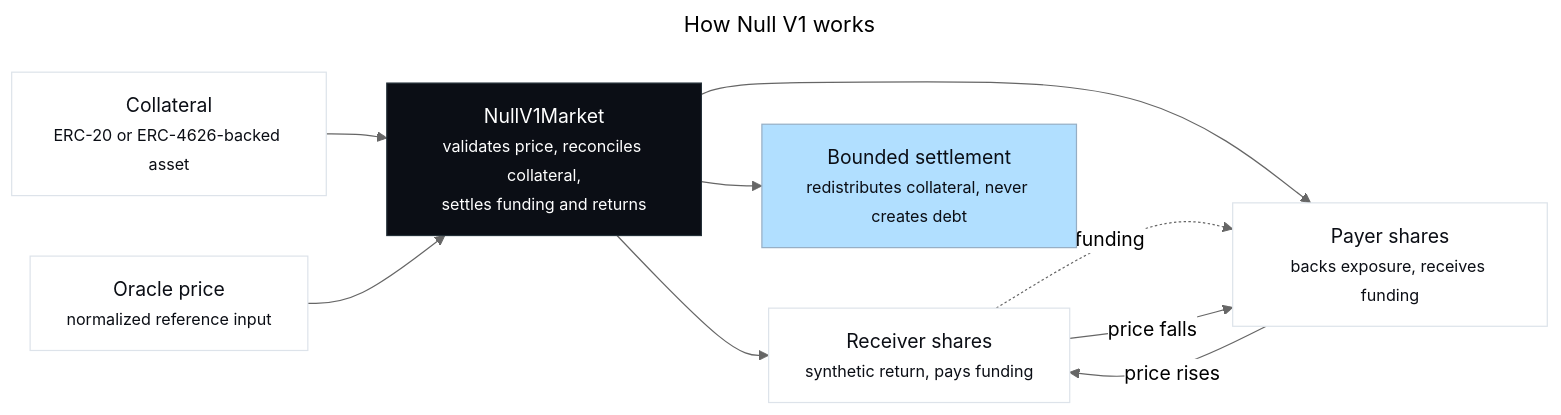
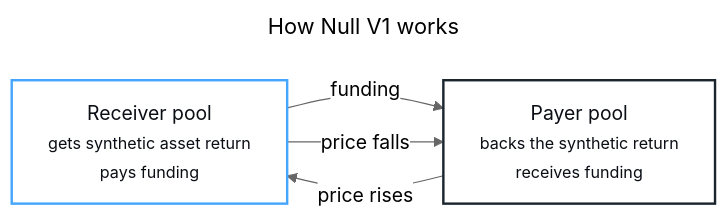
The diagram in diagrams/protocol-overview.mmd (Null-Solutions/v1-docs), drawn with Mermaid (neutral theme) before and after one commit. The commit also changed 11 other files, not shown here.

Commit message:
Simplify docs diagrams around two pools

```diff
--- a/diagrams/protocol-overview.mmd
+++ b/diagrams/protocol-overview.mmd
@@ -1,26 +1,15 @@
 ---
 title: How Null V1 works
 ---
 flowchart LR
-  collateral["Collateral<br/><small>ERC-20 or ERC-4626-backed asset</small>"]
-  oracle["Oracle price<br/><small>normalized reference input</small>"]
-  market["NullV1Market<br/><small>validates price, reconciles collateral,<br/>settles funding and returns</small>"]
-  receiver["Receiver shares<br/><small>synthetic return, pays funding</small>"]
-  payer["Payer shares<br/><small>backs exposure, receives funding</small>"]
-  invariant["Bounded settlement<br/><small>redistributes collateral, never creates debt</small>"]
+  receiver["Receiver pool<br/><small>gets synthetic asset return<br/>pays funding</small>"]
+  payer["Payer pool<br/><small>backs the synthetic return<br/>receives funding</small>"]
 
-  collateral --> market
-  oracle --> market
-  market --> receiver
-  market --> payer
-  receiver -. funding .-> payer
-  payer -- price rises --> receiver
-  receiver -- price falls --> payer
-  market --> invariant
+  receiver -- "funding" --> payer
+  payer -- "price rises" --> receiver
+  receiver -- "price falls" --> payer
 
-  classDef dark fill:#0B0E15,color:#FFFFFF,stroke:#243038,stroke-width:1px;
-  classDef soft fill:#FFFFFF,color:#0B0E15,stroke:#DDE3EA,stroke-width:1px;
-  classDef accent fill:#B1DFFF,color:#0B0E15,stroke:#96AEC4,stroke-width:1px;
-  class market dark;
-  class collateral,oracle,receiver,payer soft;
-  class invariant accent;
+  classDef receiver fill:#FFFFFF,color:#0B0E15,stroke:#45A5FF,stroke-width:2px;
+  classDef payer fill:#FFFFFF,color:#0B0E15,stroke:#1B252D,stroke-width:2px;
+  class receiver receiver;
+  class payer payer;
```
